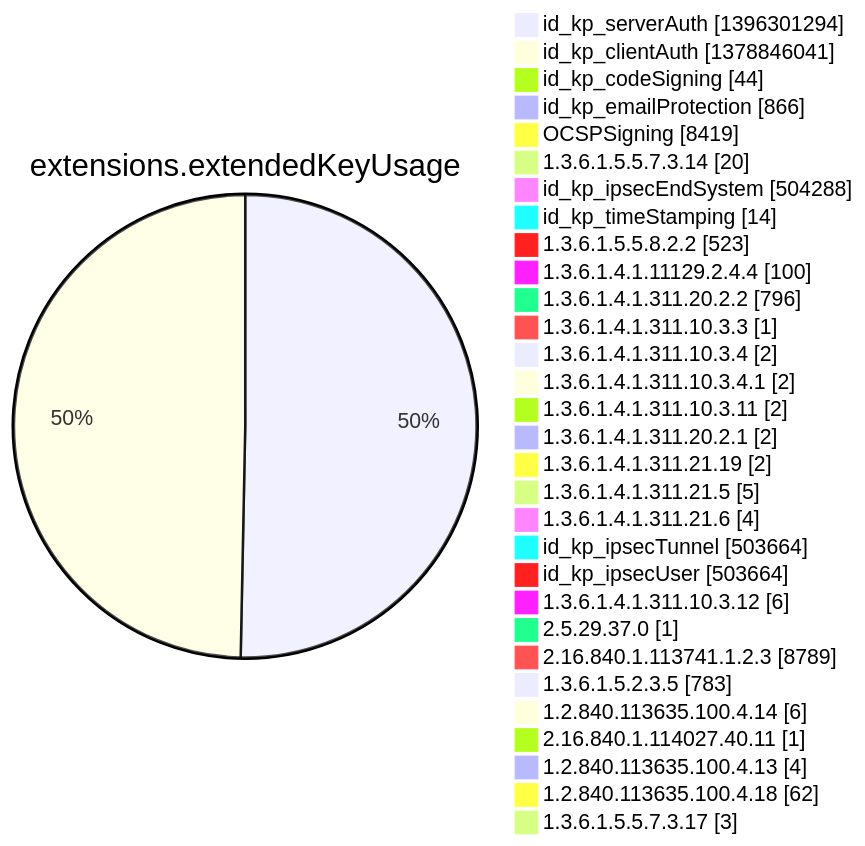
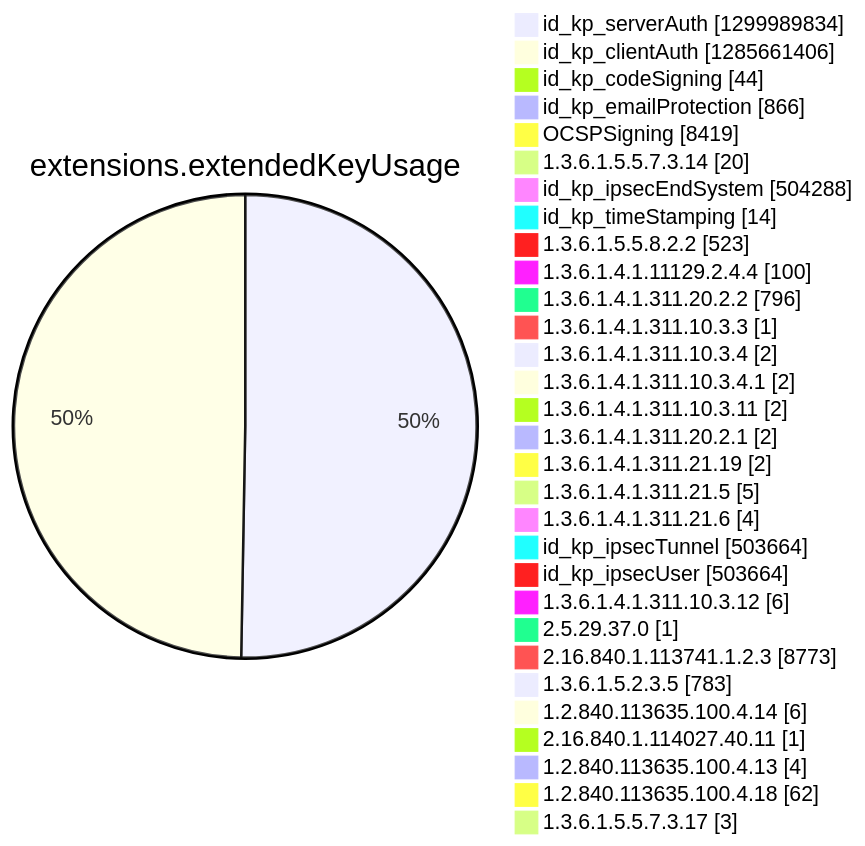
One commit to christiankrug/ctmonitor_visualization changed diagram 12 of 15 in argon2022/README.md. Above: the diagram before and after it, drawn with Mermaid. The commit also changed other lines of this file, not shown here.

````diff
--- a/argon2022/README.md
+++ b/argon2022/README.md
@@ -3554,34 +3550,34 @@
 ```mermaid
 pie showData
 title extensions.extendedKeyUsage
-"id_kp_serverAuth" :1396301294
-"id_kp_clientAuth" :1378846041
+"id_kp_serverAuth" :1299989834
+"id_kp_clientAuth" :1285661406
 "id_kp_codeSigning" :44
 "id_kp_emailProtection" :866
 "OCSPSigning" :8419
 "1.3.6.1.5.5.7.3.14" :20
 "id_kp_ipsecEndSystem" :504288
 "id_kp_timeStamping" :14
 "1.3.6.1.5.5.8.2.2" :523
 "1.3.6.1.4.1.11129.2.4.4" :100
 "1.3.6.1.4.1.311.20.2.2" :796
 "1.3.6.1.4.1.311.10.3.3" :1
 "1.3.6.1.4.1.311.10.3.4" :2
 "1.3.6.1.4.1.311.10.3.4.1" :2
 "1.3.6.1.4.1.311.10.3.11" :2
 "1.3.6.1.4.1.311.20.2.1" :2
 "1.3.6.1.4.1.311.21.19" :2
 "1.3.6.1.4.1.311.21.5" :5
 "1.3.6.1.4.1.311.21.6" :4
 "id_kp_ipsecTunnel" :503664
 "id_kp_ipsecUser" :503664
 "1.3.6.1.4.1.311.10.3.12" :6
 "2.5.29.37.0" :1
-"2.16.840.1.113741.1.2.3" :8789
+"2.16.840.1.113741.1.2.3" :8773
 "1.3.6.1.5.2.3.5" :783
 "1.2.840.113635.100.4.14" :6
 "2.16.840.1.114027.40.11" :1
 "1.2.840.113635.100.4.13" :4
 "1.2.840.113635.100.4.18" :62
 "1.3.6.1.5.5.7.3.17" :3
 ```
````
